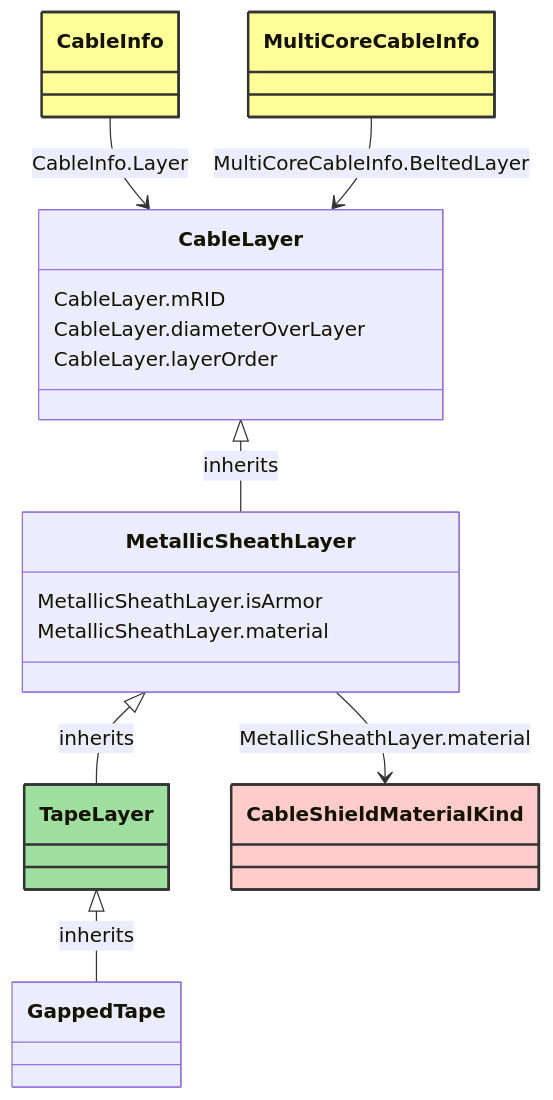
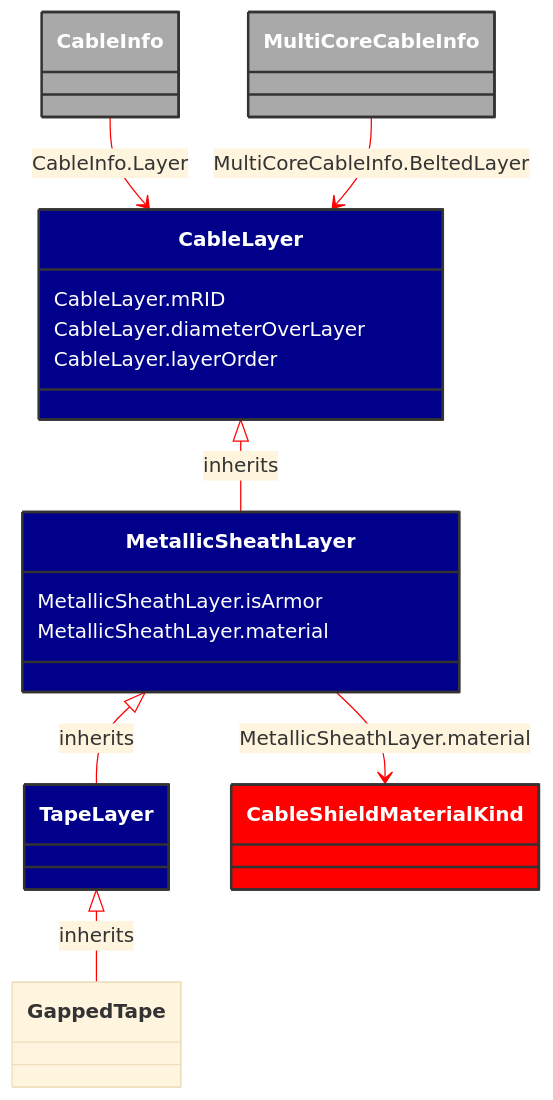
The diagram in docs/Models/Profiles/SubseaCableInfo/ConcreteClasses/TapeLayer.md (3lbits/NoCIMExtensions), drawn with Mermaid before and after one commit. The commit also changed 58 other files, not shown here.

````diff
--- a/docs/Models/Profiles/SubseaCableInfo/ConcreteClasses/TapeLayer.md
+++ b/docs/Models/Profiles/SubseaCableInfo/ConcreteClasses/TapeLayer.md
@@ -8,47 +8,48 @@
 ```mermaid
+%%{init: {'theme':'base','themeVariables': {'lineColor': '#FF0000'}}}%%
 classDiagram
     class TapeLayer
     click TapeLayer href "/Models/Profiles/SubseaCableInfo/ConcreteClasses/TapeLayer/"
-    style TapeLayer fill:#9fdf9f,stroke:#333,stroke-width:2px,rx:10,ry:10
+    style TapeLayer fill:#006400,stroke:#333,stroke-width:2px,rx:10,ry:10,color:white
 
         TapeLayer <|-- GappedTape : inherits
             click TapeLayer href "/Models/Profiles/SubseaCableInfo/ConcreteClasses/TapeLayer/"
-            style TapeLayer rx:10,ry:10
+            style TapeLayer fill:#00008B,stroke:#333,stroke-width:2px,rx:10,ry:10,color:white
 
         GappedTape
             click GappedTape href "/Models/Profiles/SubseaCableInfo/ConcreteClasses/GappedTape/"
-            style GappedTape rx:10,ry:10
+            style TapeLayer fill:#00008B,stroke:#333,stroke-width:2px,rx:10,ry:10,color:white
 
         MetallicSheathLayer <|-- TapeLayer : inherits
             click MetallicSheathLayer href "/Models/Profiles/SubseaCableInfo/ConcreteClasses/MetallicSheathLayer/"
-            style MetallicSheathLayer rx:10,ry:10
+            style MetallicSheathLayer fill:#00008B,stroke:#333,stroke-width:2px,rx:10,ry:10,color:white
 
         CableLayer <|-- MetallicSheathLayer : inherits
             click CableLayer href "/Models/Profiles/SubseaCableInfo/AbstractClasses/CableLayer/"
-            style CableLayer rx:10,ry:10
+            style CableLayer fill:#00008B,stroke:#333,stroke-width:2px,rx:10,ry:10,color:white
 
 
         CableInfo --> CableLayer : CableInfo.Layer
 
         CableInfo
             click CableInfo href "/Models/Profiles/SubseaCableInfo/ConcreteClasses/CableInfo/"
-            style CableInfo fill:#ffff99,stroke:#333,stroke-width:2px,rx:10,ry:10
+            style CableInfo fill:#A9A9A9,stroke:#333,stroke-width:2px,rx:10,ry:10,color:white
 
         MultiCoreCableInfo --> CableLayer : MultiCoreCableInfo.BeltedLayer
 
         MultiCoreCableInfo
             click MultiCoreCableInfo href "/Models/Profiles/SubseaCableInfo/ConcreteClasses/MultiCoreCableInfo/"
-            style MultiCoreCableInfo fill:#ffff99,stroke:#333,stroke-width:2px,rx:10,ry:10
+            style MultiCoreCableInfo fill:#A9A9A9,stroke:#333,stroke-width:2px,rx:10,ry:10,color:white
 
         MetallicSheathLayer --> CableShieldMaterialKind : MetallicSheathLayer.material
 
         CableShieldMaterialKind
             click CableShieldMaterialKind href "/Models/Profiles/SubseaCableInfo/Enumerations/CableShieldMaterialKind/"
-            style CableShieldMaterialKind fill:#FFCCCB,stroke:#333,stroke-width:2px,rx:10,ry:10
+            style CableShieldMaterialKind fill:#FF0000,stroke:#333,stroke-width:2px,rx:10,ry:10,color:white
 
         MetallicSheathLayer : MetallicSheathLayer.isArmor
         MetallicSheathLayer : MetallicSheathLayer.material
         CableLayer : CableLayer.mRID
         CableLayer : CableLayer.diameterOverLayer
         CableLayer : CableLayer.layerOrder
 ```
````
